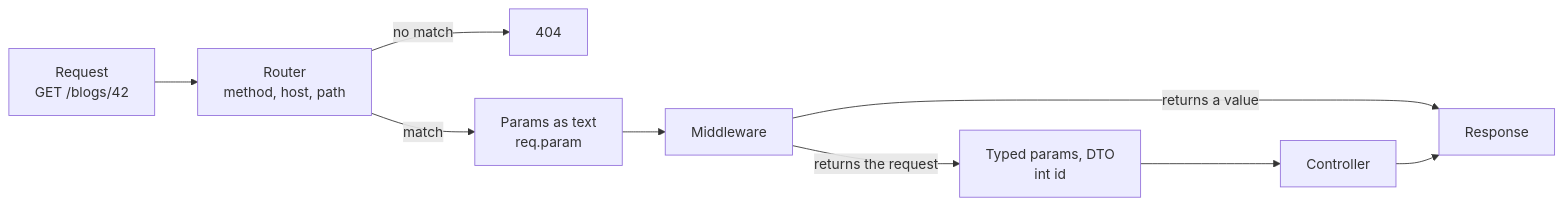
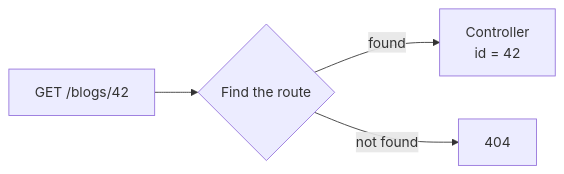
One commit to dartondox/dox changed the diagram in docs/the-basic/routing.md. Above: the diagram before and after it, drawn with Mermaid. The commit also changed other lines of this file and 112 other files, not shown here.

````diff
--- a/docs/the-basic/routing.md
+++ b/docs/the-basic/routing.md
@@ -11,11 +11,6 @@
 ```mermaid
 flowchart LR
-    Q["Request<br>GET /blogs/42"] --> B["Router<br>method, host, path"]
-    B -->|no match| N["404"]
-    B -->|match| P["Params as text<br>req.param"]
-    P --> M["Middleware"]
-    M -->|returns a value| S["Response"]
-    M -->|returns the request| T["Typed params, DTO<br>int id"]
-    T --> C["Controller"]
-    C --> S
+    Q["GET /blogs/42"] --> R{"Find the route"}
+    R -->|found| C["Controller<br>id = 42"]
+    R -->|not found| N["404"]
 ```
````
